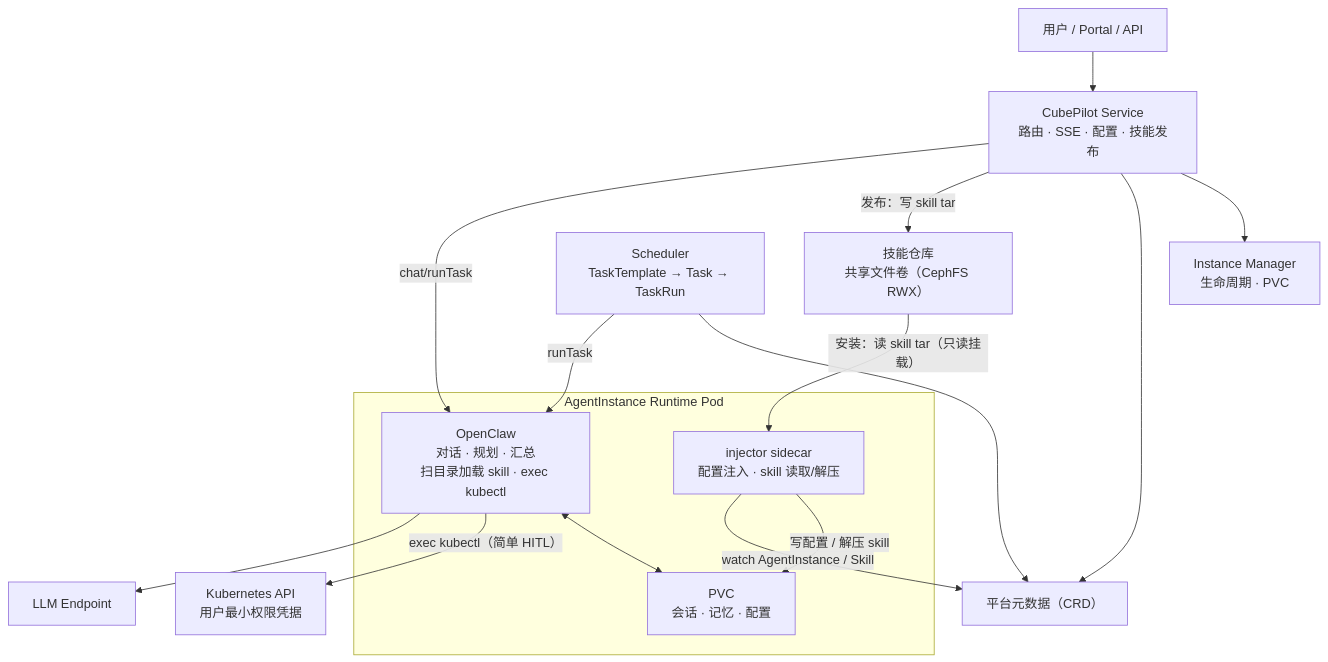
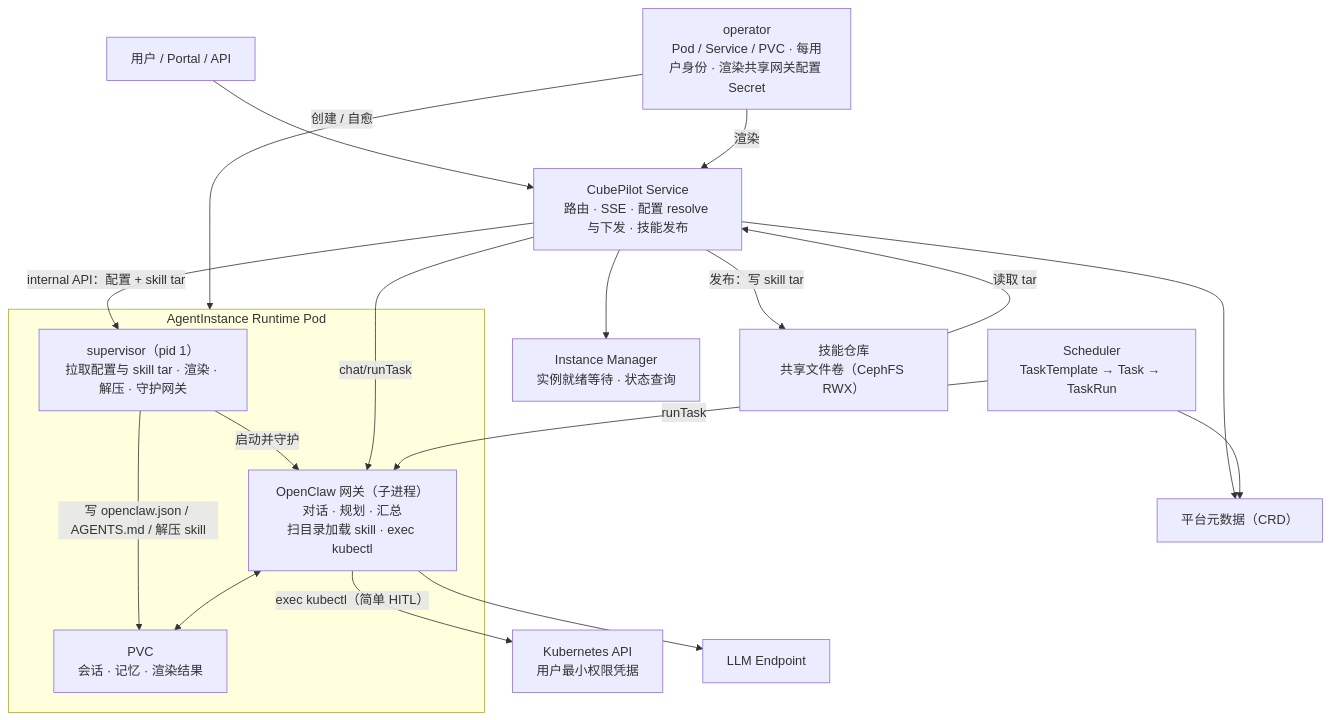
The diagram in docs/cubepilot/cubepilot-design.md (suanova/cubepilot), drawn with Mermaid before and after one commit. The commit also changed other lines of this file, not shown here.

Commit message:
docs(design): describe the runtime architecture the code implements
The architecture section still described an injector sidecar that watched CRDs and
resolved the agent config inside each pod. Resolution happens in the Service
(Instance Manager -> resolver) and reaches the pod over the internal API, together
with the rendered gateway config and the skill tarballs; the pod's main process is
the supervisor, which writes and verifies the workspace. The pod mounts no skill
repository, pods are created and healed by the operator rather than the Instance
Manager, and the gateway reloads its own config instead of being restarted.

````diff
--- a/docs/cubepilot/cubepilot-design.md
+++ b/docs/cubepilot/cubepilot-design.md
@@ -42,25 +42,30 @@
 ```mermaid
 flowchart TB
-    U["用户 / Portal / API"] --> S["CubePilot Service\n路由 · SSE · 配置 · 技能发布"]
-    S --> IM["Instance Manager\n生命周期 · PVC"]
+    U["用户 / Portal / API"] --> S["CubePilot Service\n路由 · SSE · 配置 resolve 与下发 · 技能发布"]
+    S --> IM["Instance Manager\n实例就绪等待 · 状态查询"]
     S --> DB["平台元数据（CRD）"]
     SCH["Scheduler\nTaskTemplate → Task → TaskRun"] --> DB
 
+    OP["operator\nPod / Service / PVC · 每用户身份 · 渲染共享网关配置 Secret"]
+    OP -- 创建 / 自愈 --> RT
+    OP -- 渲染 --> S
+
     subgraph RT["AgentInstance Runtime Pod"]
-      INJ["injector sidecar\n配置注入 · skill 读取/解压"]
-      OC["OpenClaw\n对话 · 规划 · 汇总\n扫目录加载 skill · exec kubectl"]
-      PVC["PVC\n会话 · 记忆 · 配置"]
-      INJ -- 写配置 / 解压 skill --> PVC
+      SUP["supervisor（pid 1）\n拉取配置与 skill tar · 渲染 · 解压 · 守护网关"]
+      OC["OpenClaw 网关（子进程）\n对话 · 规划 · 汇总\n扫目录加载 skill · exec kubectl"]
+      PVC["PVC\n会话 · 记忆 · 渲染结果"]
+      SUP -- 写 openclaw.json / AGENTS.md / 解压 skill --> PVC
+      SUP -- 启动并守护 --> OC
       OC <--> PVC
     end
 
     SK["技能仓库\n共享文件卷（CephFS RWX）"]
     S -- 发布：写 skill tar --> SK
-    SK -- 安装：读 skill tar（只读挂载）--> INJ
-    INJ -- watch AgentInstance / Skill --> DB
+    SK -- 读取 tar --> S
+    S -- internal API：配置 + skill tar --> SUP
 
     S -- chat/runTask --> OC
     SCH -- runTask --> OC
     OC -- exec kubectl（简单 HITL）--> K["Kubernetes API\n用户最小权限凭据"]
     OC --> L["LLM Endpoint"]
 ```
````
